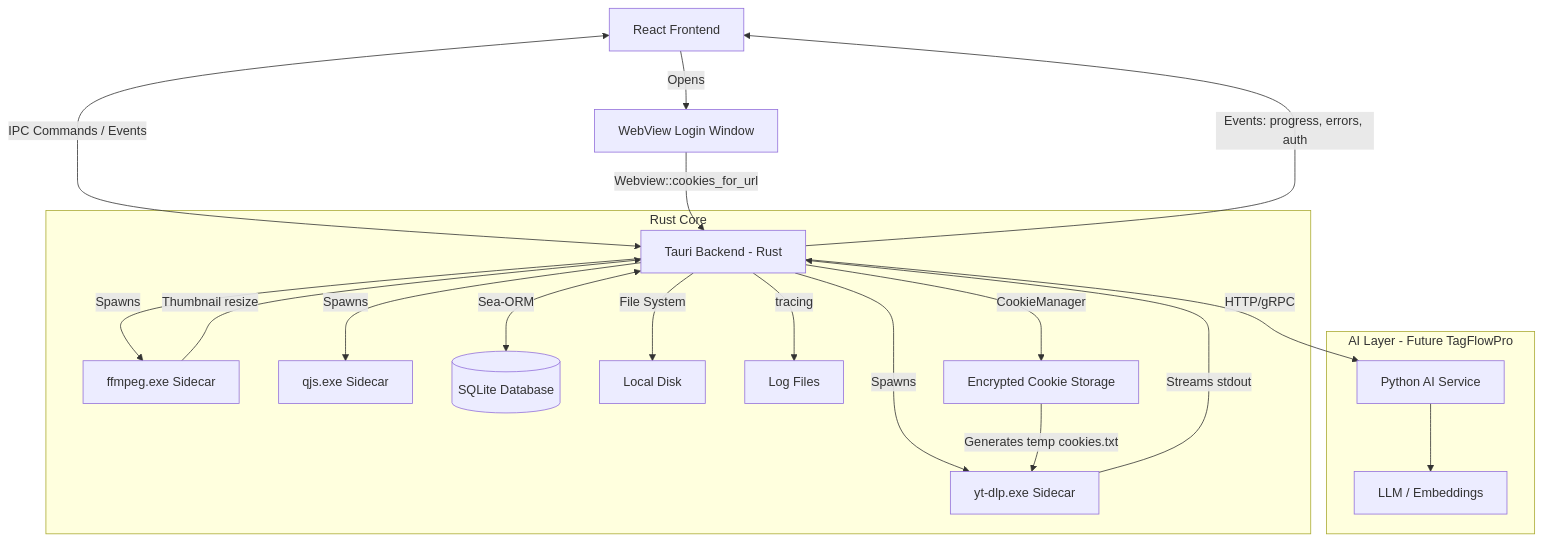
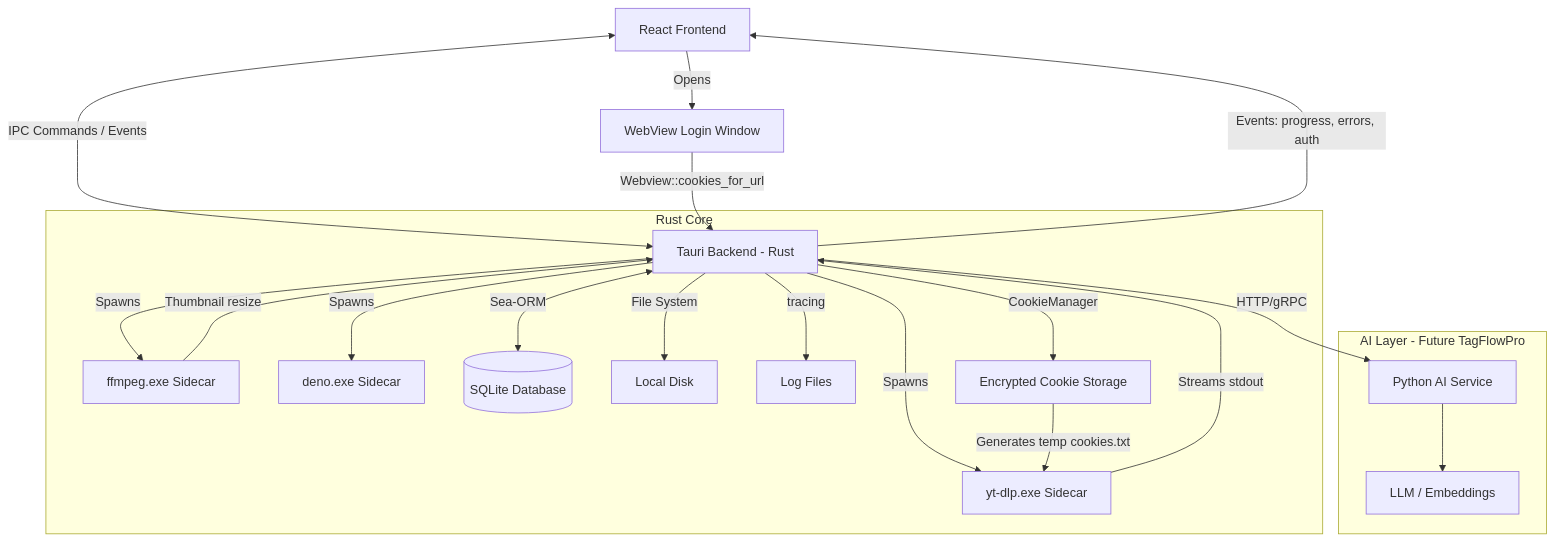
One commit to Zidane0MA/VideoDownloaderPro changed the first of 2 diagrams in docs/02_technical_architecture.md. Above: the diagram before and after it, drawn with Mermaid. The commit also changed other lines of this file and 6 other files, not shown here.

Commit message:
feat: Add initial comprehensive documentation covering project architecture, progress, technical context, and authentication scaling.

````diff
--- a/docs/02_technical_architecture.md
+++ b/docs/02_technical_architecture.md
@@ -16,26 +16,26 @@
 ```mermaid
 graph TD
     UI[React Frontend] <-->|IPC Commands / Events| Tauri[Tauri Backend - Rust]
     UI -->|Opens| WV[WebView Login Window]
     
     subgraph "Rust Core"
         Tauri -->|Spawns| YTDLP[yt-dlp.exe Sidecar]
         Tauri -->|Spawns| FFMPEG[ffmpeg.exe Sidecar]
-        Tauri -->|Spawns| QJS[qjs.exe Sidecar]
+        Tauri -->|Spawns| DENO[deno.exe Sidecar]
         Tauri <-->|Sea-ORM| DB[(SQLite Database)]
         Tauri -->|File System| FS[Local Disk]
         Tauri -->|tracing| LOG[Log Files]
         Tauri -->|CookieManager| CM[Encrypted Cookie Storage]
     end
 
     subgraph "AI Layer - Future TagFlowPro"
         Tauri -->|HTTP/gRPC| AI[Python AI Service]
         AI --> LLM[LLM / Embeddings]
     end
 
     WV -->|Webview::cookies_for_url| Tauri
     CM -->|Generates temp cookies.txt| YTDLP
     YTDLP -->|Streams stdout| Tauri
     FFMPEG -->|Thumbnail resize| Tauri
     Tauri -->|Events: progress, errors, auth| UI
 ```
````
